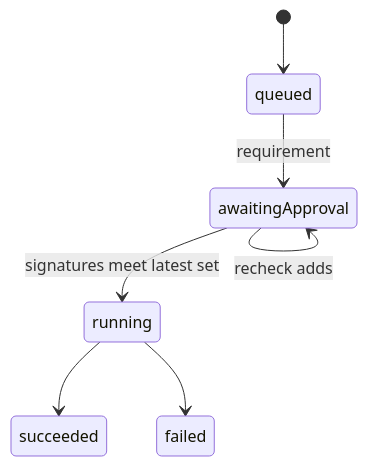
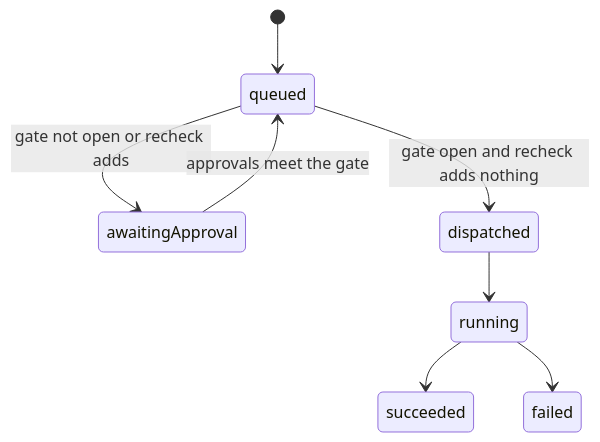
Before and after one commit to OpenDustpan/OpenDustpan: the second of 2 diagrams in openspec/changes/approval-defaults-take-effect-live/design.md, drawn with Mermaid. The commit also changed other lines of this file and 4 other files, not shown here.

````diff
--- a/openspec/changes/approval-defaults-take-effect-live/design.md
+++ b/openspec/changes/approval-defaults-take-effect-live/design.md
@@ -58,9 +50,10 @@
 ```mermaid
 stateDiagram-v2
  [*] --> queued
- queued --> awaitingApproval: requirement
- awaitingApproval --> running: signatures meet latest set
- awaitingApproval --> awaitingApproval: recheck adds
+ queued --> awaitingApproval: gate not open or recheck adds
+ awaitingApproval --> queued: approvals meet the gate
+ queued --> dispatched: gate open and recheck adds nothing
+ dispatched --> running
  running --> succeeded
  running --> failed
 ```
````
